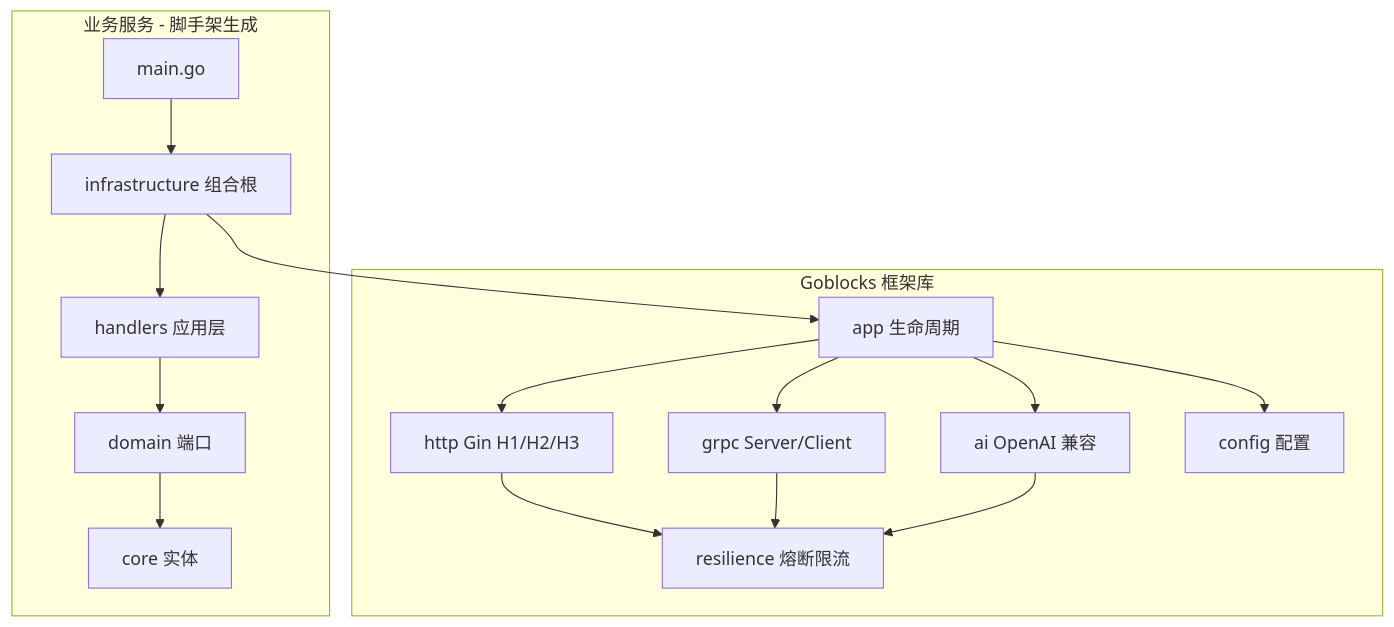
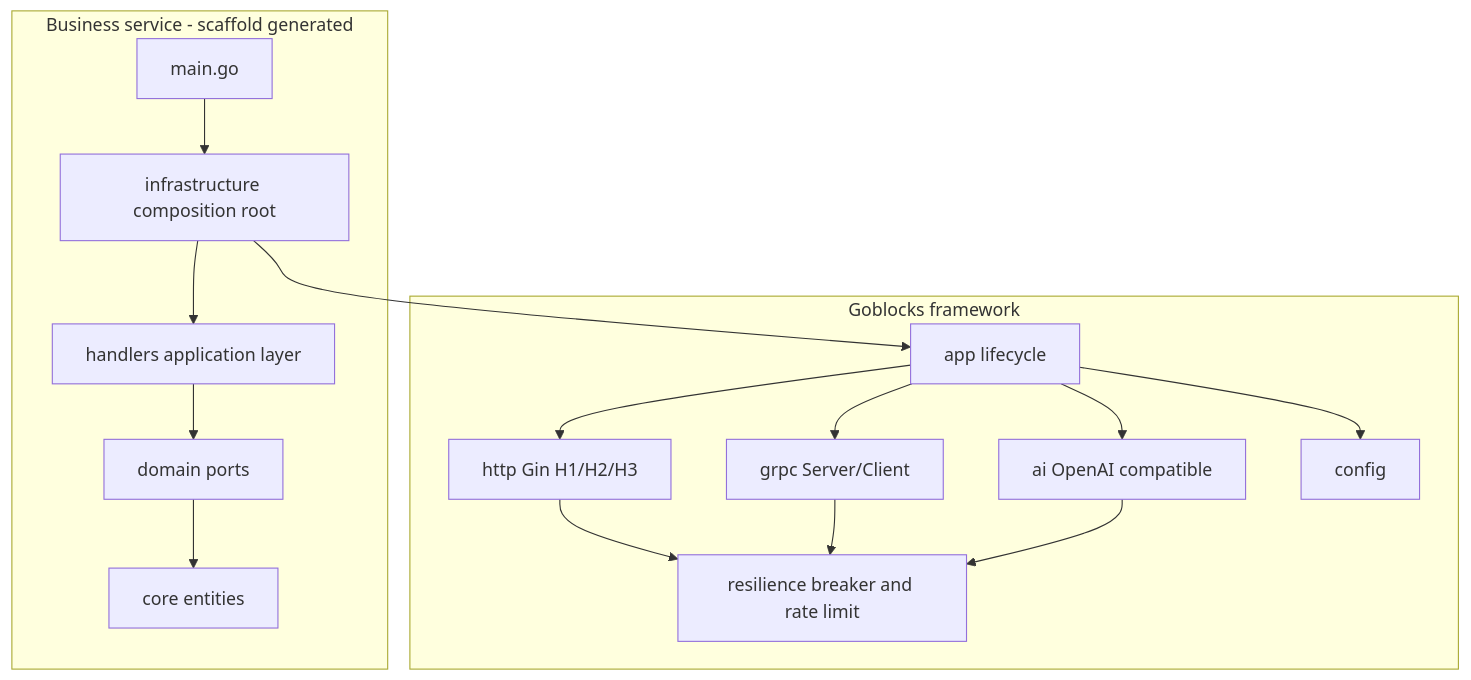
Before and after one commit to ymhhh/goblocks: the first of 2 diagrams in docs/architecture.md, drawn with Mermaid. The commit also changed other lines of this file and 20 other files, not shown here.

````diff
--- a/docs/architecture.md
+++ b/docs/architecture.md
@@ -7,32 +7,32 @@
 ```mermaid
 flowchart TB
-  subgraph service [业务服务 - 脚手架生成]
+  subgraph service [Business service - scaffold generated]
     main[main.go]
-    infra[infrastructure 组合根]
-    handlers[handlers 应用层]
-    domain[domain 端口]
-    core[core 实体]
+    infra[infrastructure composition root]
+    handlers[handlers application layer]
+    domain[domain ports]
+    core[core entities]
   end
 
-  subgraph framework [Goblocks 框架库]
-    appPkg[app 生命周期]
+  subgraph framework [Goblocks framework]
+    appPkg[app lifecycle]
     httpPkg[http Gin H1/H2/H3]
     grpcPkg[grpc Server/Client]
-    aiPkg[ai OpenAI 兼容]
-    resPkg[resilience 熔断限流]
-    cfgPkg[config 配置]
+    aiPkg[ai OpenAI compatible]
+    resPkg[resilience breaker and rate limit]
+    cfgPkg[config]
   end
 
   main --> infra
   infra --> handlers
   handlers --> domain
   domain --> core
   infra --> appPkg
   appPkg --> httpPkg
   appPkg --> grpcPkg
   appPkg --> aiPkg
   appPkg --> cfgPkg
   httpPkg --> resPkg
   grpcPkg --> resPkg
   aiPkg --> resPkg
 ```
````
